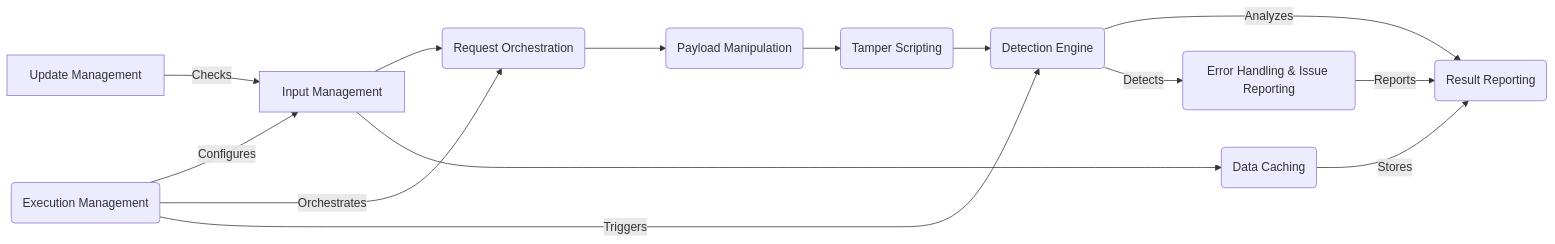
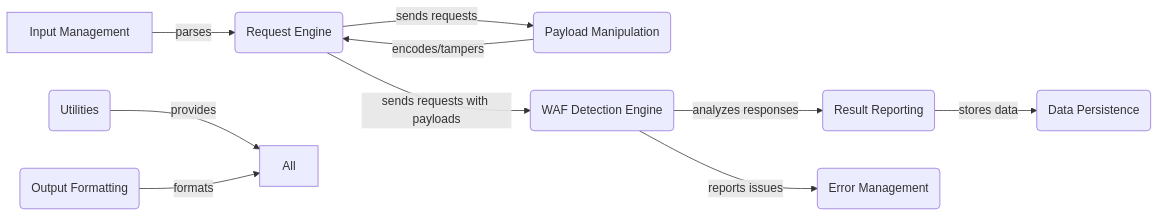
Before and after one commit to CodeBoarding/GeneratedOnBoardings: the diagram in WhatWaf/on_boarding.md, drawn with Mermaid. The commit also changed other lines of this file, not shown here.

Commit message:
Uploading onboarding materials for WhatWaf

````diff
--- a/WhatWaf/on_boarding.md
+++ b/WhatWaf/on_boarding.md
@@ -9,16 +5,15 @@
 ```mermaid
 graph LR
-    A[Input Management] --> B(Request Orchestration)
-    B --> C(Payload Manipulation)
-    C --> D(Tamper Scripting)
-    D --> E(Detection Engine)
-    E -- Analyzes --> F(Result Reporting)
-    A --> G(Data Caching)
-    G -- Stores --> F
-    E -- Detects --> H(Error Handling & Issue Reporting)
-    H -- Reports --> F
-    I[Update Management] -- Checks --> A
-    J(Execution Management) -- Configures --> A
-    J -- Orchestrates --> B
-    J -- Triggers --> E
+    A[Input Management] -- parses --> B(Request Engine)
+    B -- sends requests --> C(Payload Manipulation)
+    C -- encodes/tampers --> B
+    B -- sends requests with payloads --> D(WAF Detection Engine)
+    D -- analyzes responses --> E(Result Reporting)
+    E -- stores data --> F(Data Persistence)
+    D -- reports issues --> G(Error Management)
+    H(Utilities) -- provides --> All
+    I(Output Formatting) -- formats --> All
+
+
+
 ```
````
